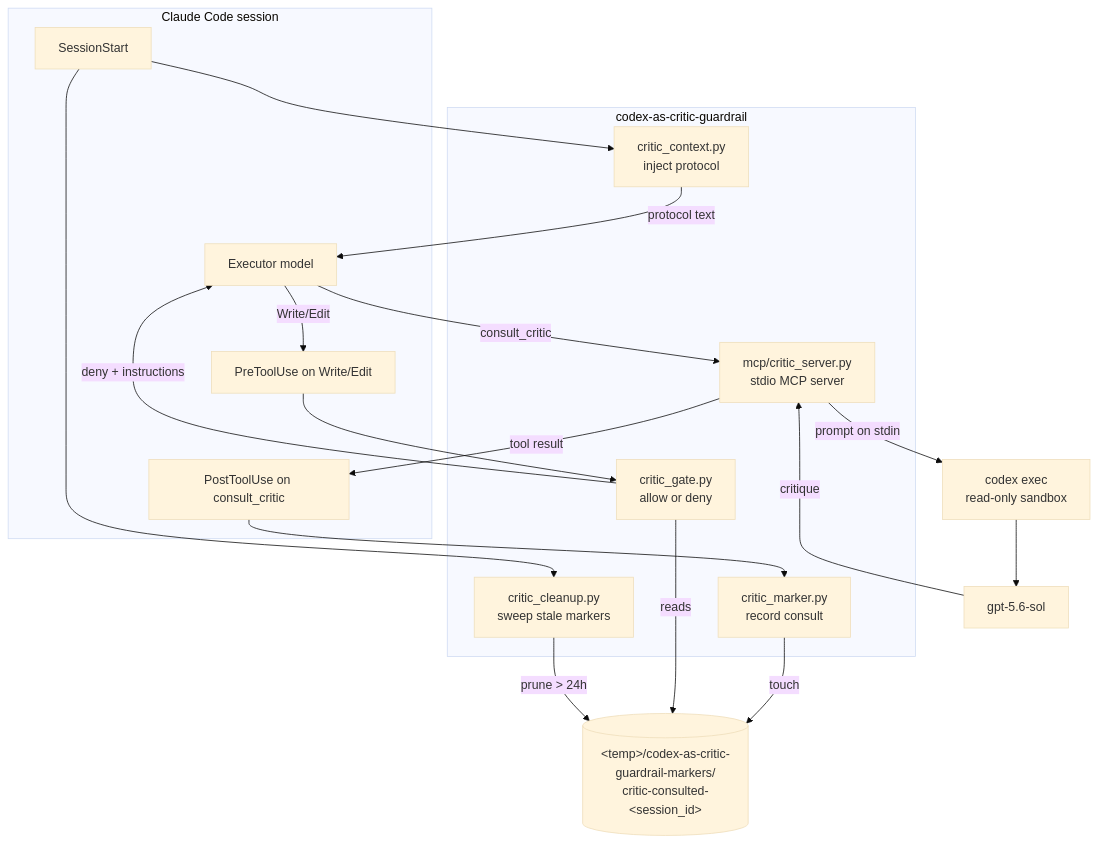
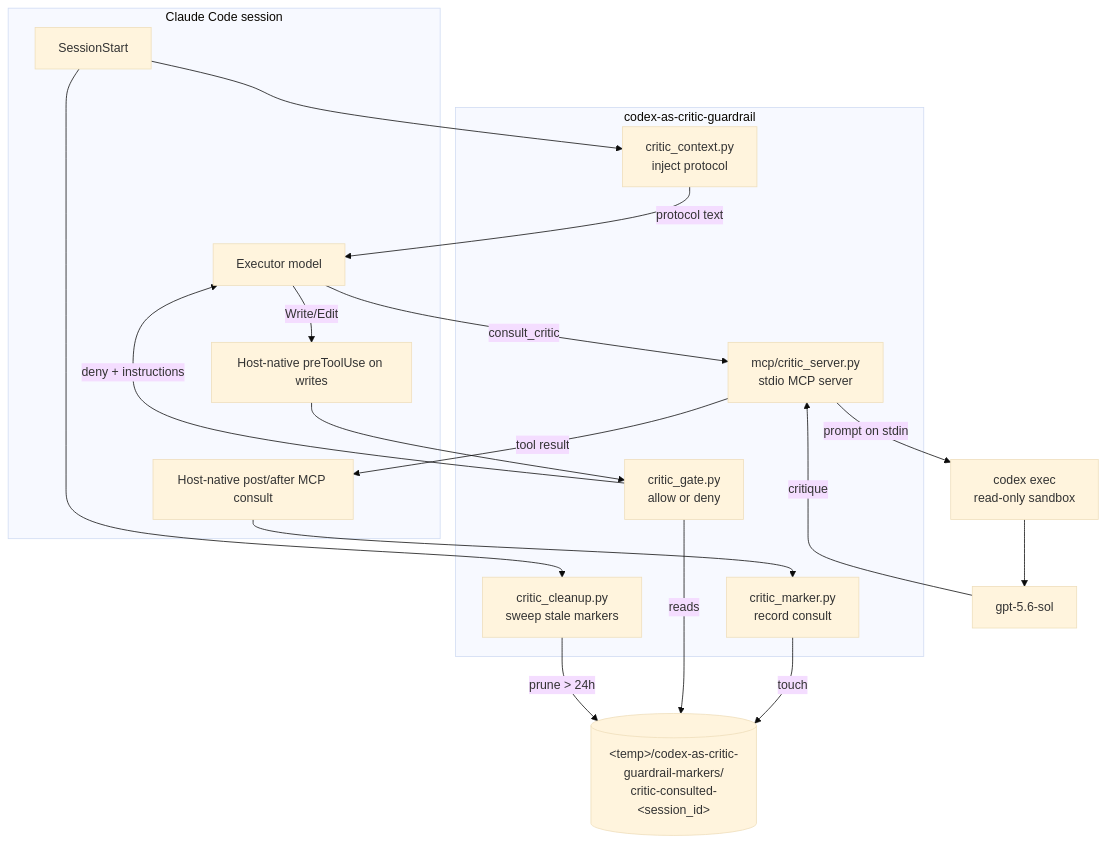
Before and after one commit to JarrydAdaens/agentic_rails_marketplace: the diagram in plugins/codex-as-critic-guardrail/technical-report.md, drawn with Mermaid (base theme). The commit also changed other lines of this file and 23 other files, not shown here.

````diff
--- a/plugins/codex-as-critic-guardrail/technical-report.md
+++ b/plugins/codex-as-critic-guardrail/technical-report.md
@@ -61,37 +61,37 @@
 ```mermaid
 flowchart TD
     subgraph CC["Claude Code session"]
         SS[SessionStart]
-        PRE[PreToolUse on Write/Edit]
-        POST[PostToolUse on consult_critic]
+        PRE[Host-native preToolUse on writes]
+        POST[Host-native post/after MCP consult]
         LLM[Executor model]
     end
 
     subgraph PLUGIN["codex-as-critic-guardrail"]
         CTX[critic_context.py<br/>inject protocol]
         CLN[critic_cleanup.py<br/>sweep stale markers]
         GATE[critic_gate.py<br/>allow or deny]
         MARK[critic_marker.py<br/>record consult]
         SRV[mcp/critic_server.py<br/>stdio MCP server]
     end
 
     MARKER[("&lt;temp&gt;/codex-as-critic-guardrail-markers/<br/>critic-consulted-&lt;session_id&gt;")]
     CODEX["codex exec<br/>read-only sandbox"]
     MODEL["gpt-5.6-sol"]
 
     SS --> CLN
     SS --> CTX
     CTX -->|protocol text| LLM
     LLM -->|consult_critic| SRV
     SRV -->|prompt on stdin| CODEX
     CODEX --> MODEL
     MODEL -->|critique| SRV
     SRV -->|tool result| POST
     POST --> MARK
     MARK -->|touch| MARKER
     LLM -->|Write/Edit| PRE
     PRE --> GATE
     GATE -->|reads| MARKER
     GATE -->|deny + instructions| LLM
     CLN -->|prune > 24h| MARKER
 ```
````
